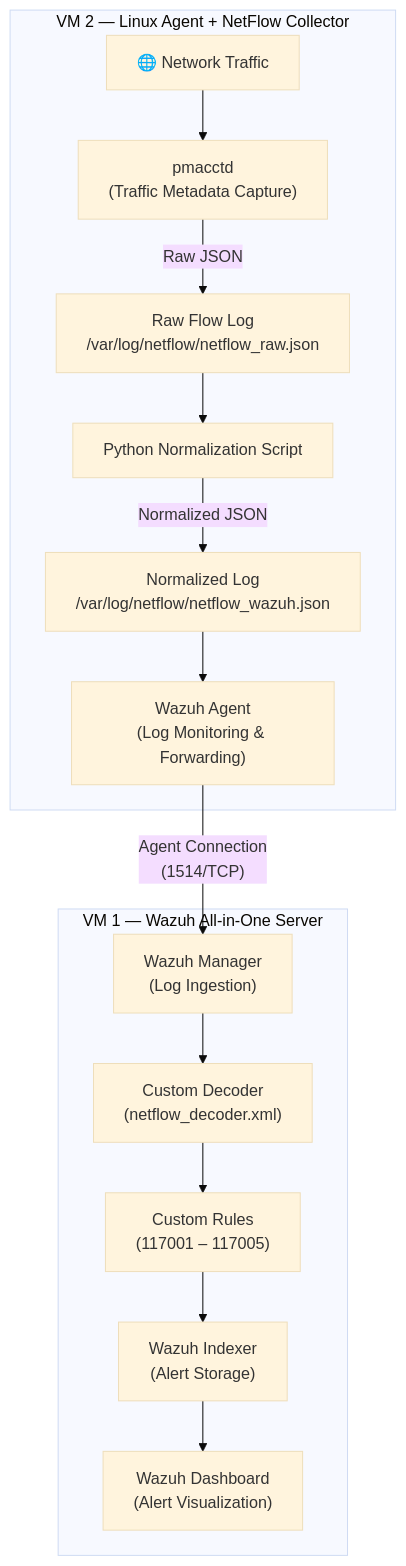
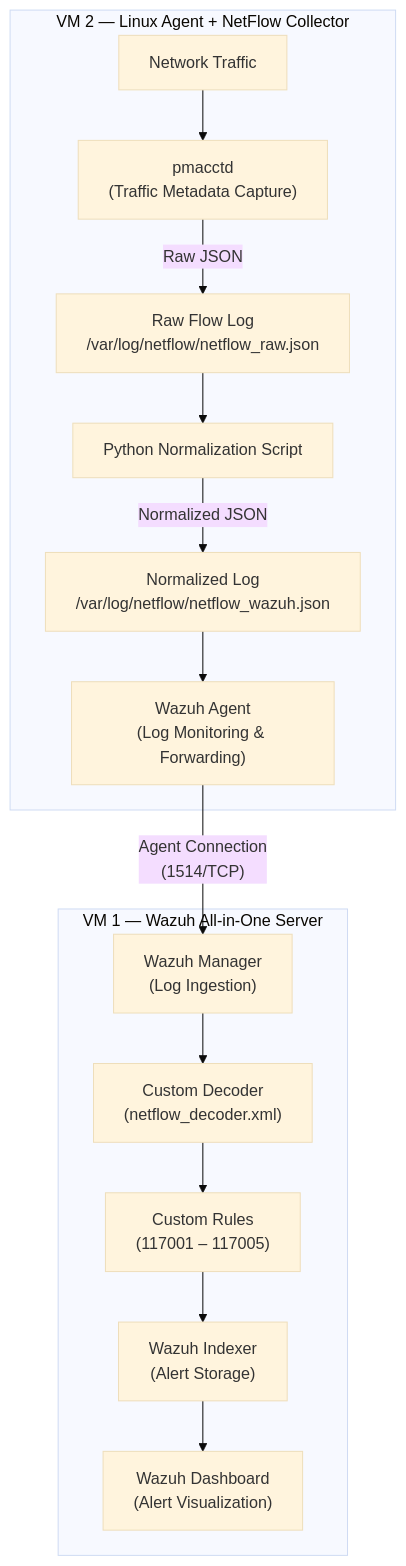
The diagram in docs/architecture.md (dimasqiramadhani/netflow-network-traffic-monitoring), drawn with Mermaid (base theme) before and after one commit. The commit also changed 2 other files, not shown here.

````diff
--- a/docs/architecture.md
+++ b/docs/architecture.md
@@ -39,20 +39,20 @@
 ```mermaid
 flowchart TD
     subgraph VM2["VM 2 — Linux Agent + NetFlow Collector"]
-        A["🌐 Network Traffic"] --> B["pmacctd\n(Traffic Metadata Capture)"]
+        A["Network Traffic"] --> B["pmacctd\n(Traffic Metadata Capture)"]
         B -->|"Raw JSON"| C["Raw Flow Log\n/var/log/netflow/netflow_raw.json"]
         C --> D["Python Normalization Script"]
         D -->|"Normalized JSON"| E["Normalized Log\n/var/log/netflow/netflow_wazuh.json"]
         E --> F["Wazuh Agent\n(Log Monitoring & Forwarding)"]
     end
 
     subgraph VM1["VM 1 — Wazuh All-in-One Server"]
         G["Wazuh Manager\n(Log Ingestion)"]
         G --> H["Custom Decoder\n(netflow_decoder.xml)"]
         H --> I["Custom Rules\n(117001 – 117005)"]
         I --> J["Wazuh Indexer\n(Alert Storage)"]
         J --> K["Wazuh Dashboard\n(Alert Visualization)"]
     end
 
     F -- "Agent Connection\n(1514/TCP)" --> G
 ```
````
